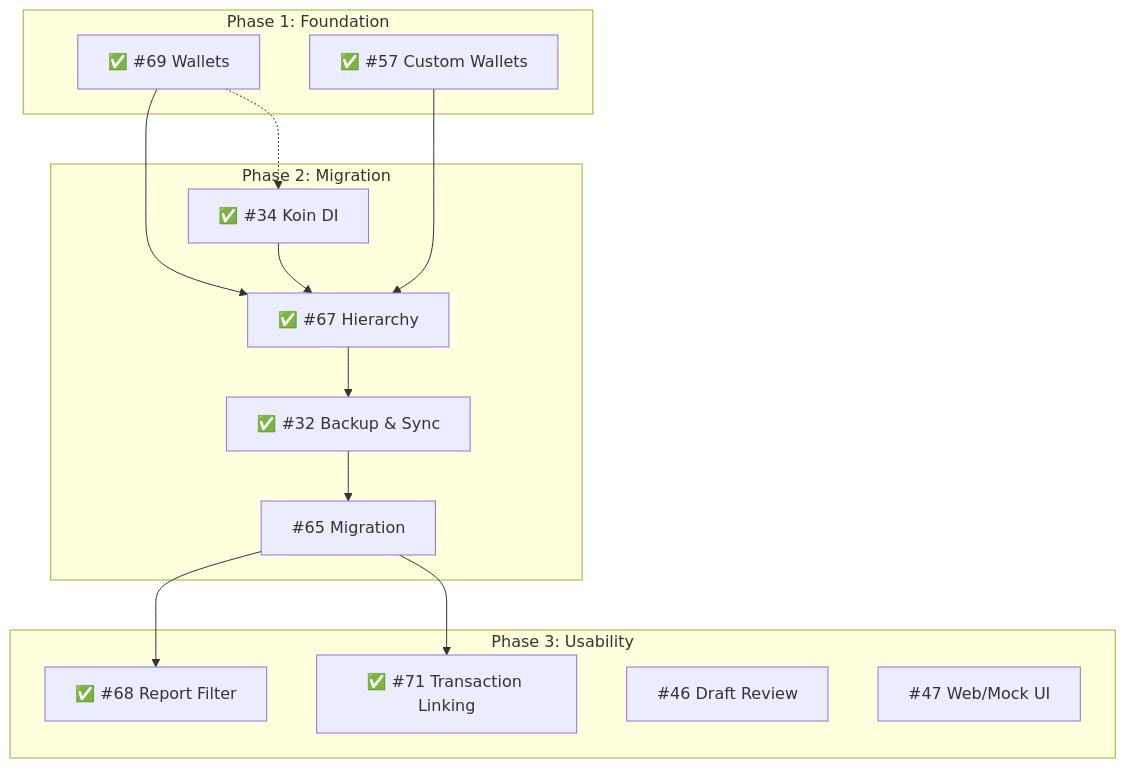
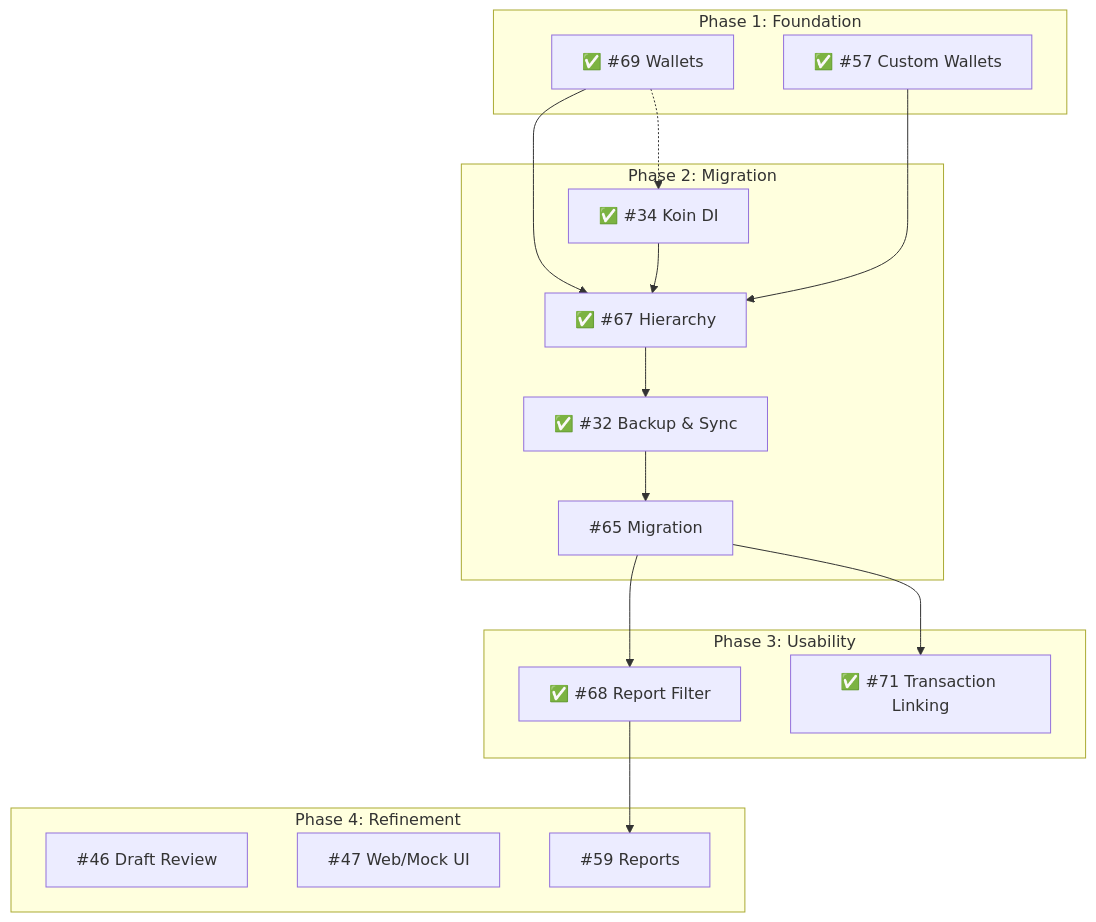
One commit to oatrice/JarWise-Root changed the diagram in docs/ROADMAP.md. Above: the diagram before and after it, drawn with Mermaid. The commit also changed other lines of this file and 7 other files, not shown here.

First line of the commit message:
docs(roadmap): plan feature #59 financial reports and data export

````diff
--- a/docs/ROADMAP.md
+++ b/docs/ROADMAP.md
@@ -53,30 +57,35 @@
 ```mermaid
 graph TD
     subgraph Phase 1: Foundation
         I69[✅ #69 Wallets]
         I57[✅ #57 Custom Wallets]
     end
 
     subgraph Phase 2: Migration
         KOIN[✅ #34 Koin DI]
         I32[✅ #32 Backup & Sync]
         I67[✅ #67 Hierarchy]
         I65[#65 Migration]
     end
 
     subgraph Phase 3: Usability
         I68[✅ #68 Report Filter]
         I71[✅ #71 Transaction Linking]
+    end
+
+    subgraph Phase 4: Refinement
         I46[#46 Draft Review]
         I47[#47 Web/Mock UI]
+        I59[#59 Reports]
     end
 
     I69 --> I67
     I57 --> I67
     I69 -.-> KOIN
     KOIN --> I67
     I67 --> I32
     I32 --> I65
     I65 --> I68
     I65 --> I71
+    I68 --> I59
 ```
````
